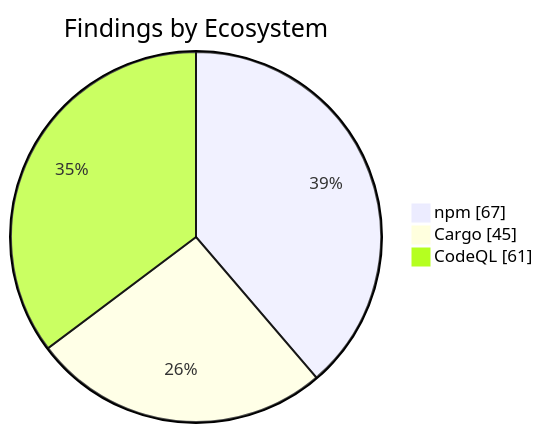
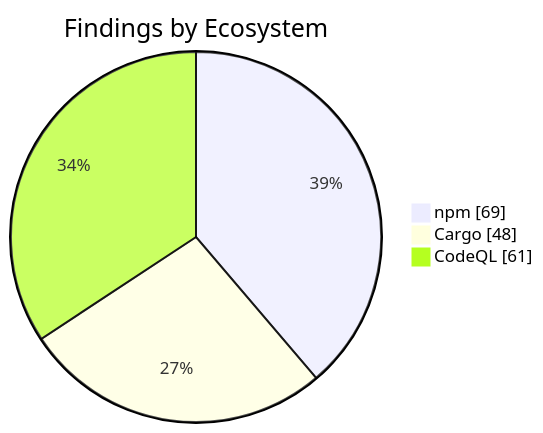
One commit to KBVE/kbve changed the second of 2 diagrams in apps/kbve/astro-kbve/src/content/docs/dashboard/security.mdx. Above: the diagram before and after it, drawn with Mermaid. The commit also changed other lines of this file and 8 other files, not shown here.

````diff
--- a/apps/kbve/astro-kbve/src/content/docs/dashboard/security.mdx
+++ b/apps/kbve/astro-kbve/src/content/docs/dashboard/security.mdx
@@ -73,7 +73,7 @@
 ```mermaid
 pie showData
     title Findings by Ecosystem
-    "npm" : 67
-    "Cargo" : 45
+    "npm" : 69
+    "Cargo" : 48
     "CodeQL" : 61
 ```
````
